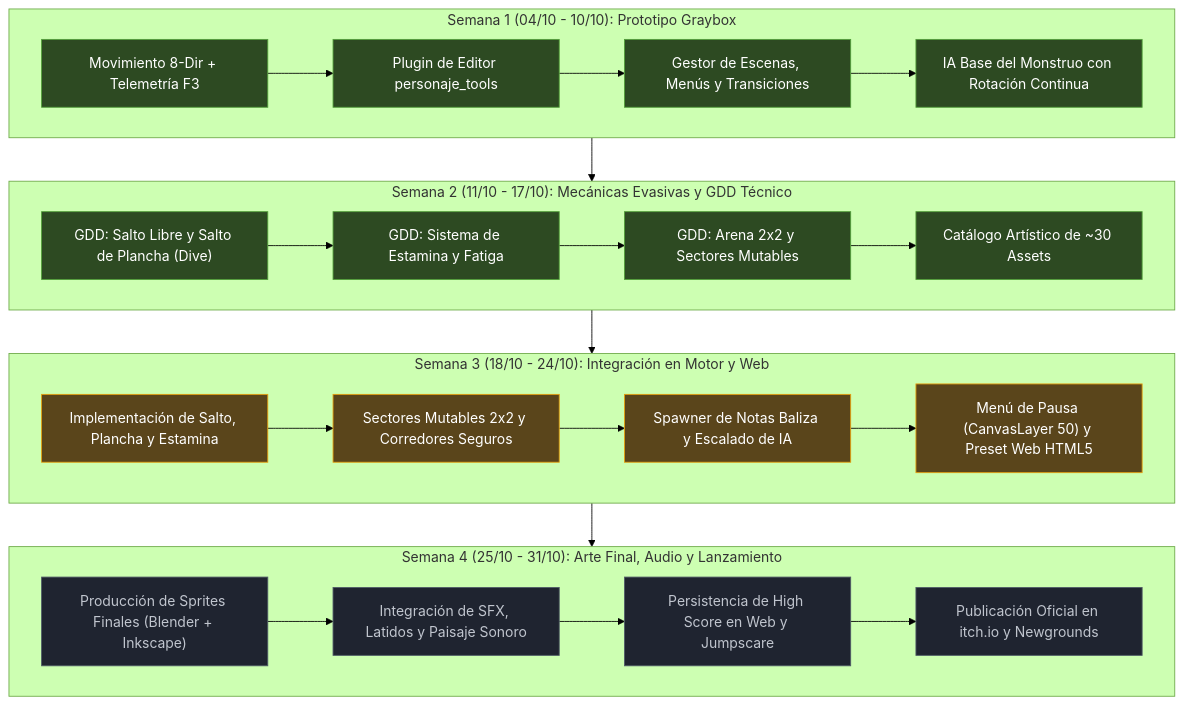
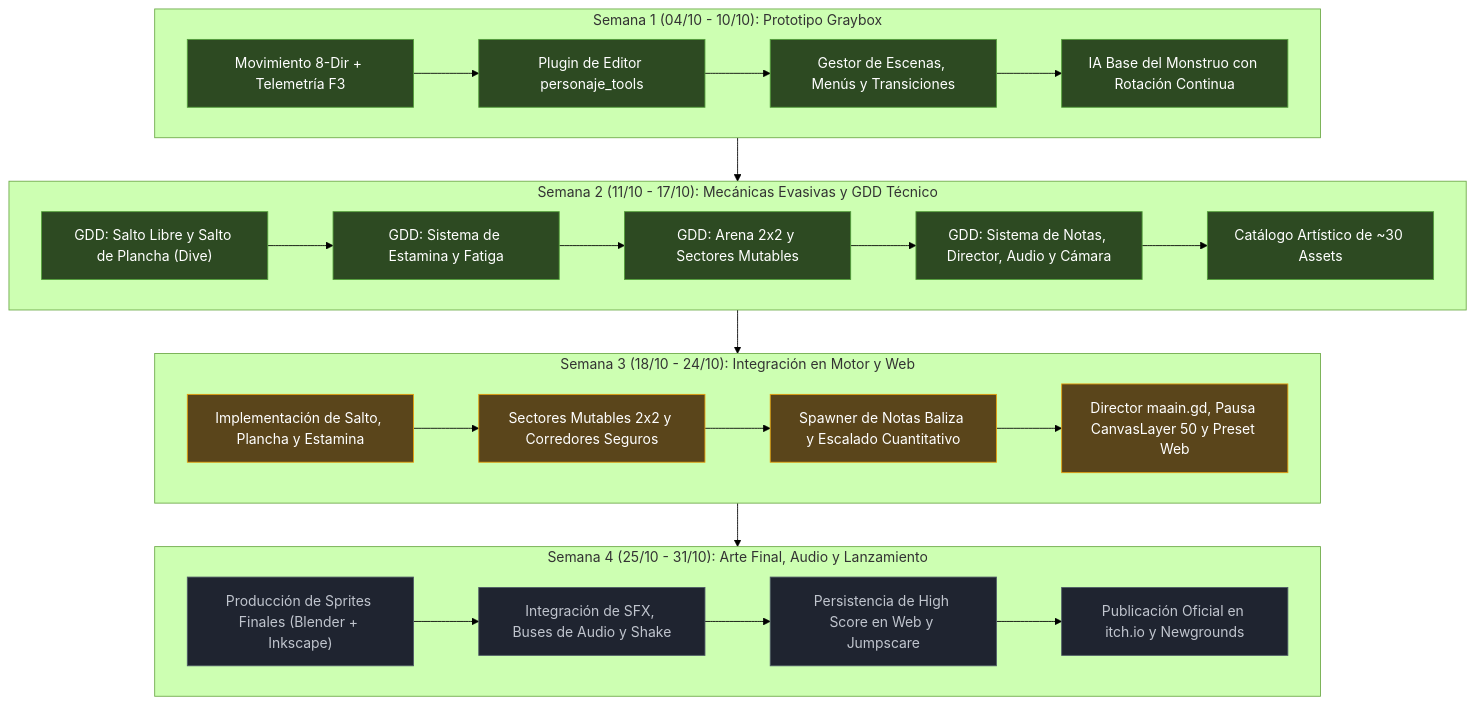
One commit to EmGamex/vosque changed the diagram in docs/produccion/roadmap_y_hitos.md. Above: the diagram before and after it, drawn with Mermaid (forest theme). The commit also changed other lines of this file and 14 other files, not shown here.

````diff
--- a/docs/produccion/roadmap_y_hitos.md
+++ b/docs/produccion/roadmap_y_hitos.md
@@ -9,38 +9,39 @@
 ```mermaid
 flowchart TD
     subgraph S1 ["Semana 1 (04/10 - 10/10): Prototipo Graybox"]
         W1A["Movimiento 8-Dir + Telemetría F3"] --> W1B["Plugin de Editor personaje_tools"]
         W1B --> W1C["Gestor de Escenas, Menús y Transiciones"]
         W1C --> W1D["IA Base del Monstruo con Rotación Continua"]
     end
 
     subgraph S2 ["Semana 2 (11/10 - 17/10): Mecánicas Evasivas y GDD Técnico"]
         W2A["GDD: Salto Libre y Salto de Plancha (Dive)"] --> W2B["GDD: Sistema de Estamina y Fatiga"]
         W2B --> W2C["GDD: Arena 2x2 y Sectores Mutables"]
-        W2C --> W2D["Catálogo Artístico de ~30 Assets"]
+        W2C --> W2D["GDD: Sistema de Notas, Director, Audio y Cámara"]
+        W2D --> W2E["Catálogo Artístico de ~30 Assets"]
     end
 
     subgraph S3 ["Semana 3 (18/10 - 24/10): Integración en Motor y Web"]
         W3A["Implementación de Salto, Plancha y Estamina"] --> W3B["Sectores Mutables 2x2 y Corredores Seguros"]
-        W3B --> W3C["Spawner de Notas Baliza y Escalado de IA"]
-        W3C --> W3D["Menú de Pausa (CanvasLayer 50) y Preset Web HTML5"]
+        W3B --> W3C["Spawner de Notas Baliza y Escalado Cuantitativo"]
+        W3C --> W3D["Director maain.gd, Pausa CanvasLayer 50 y Preset Web"]
     end
 
     subgraph S4 ["Semana 4 (25/10 - 31/10): Arte Final, Audio y Lanzamiento"]
-        W4A["Producción de Sprites Finales (Blender + Inkscape)"] --> W4B["Integración de SFX, Latidos y Paisaje Sonoro"]
+        W4A["Producción de Sprites Finales (Blender + Inkscape)"] --> W4B["Integración de SFX, Buses de Audio y Shake"]
         W4B --> W4C["Persistencia de High Score en Web y Jumpscare"]
         W4C --> W4D["Publicación Oficial en itch.io y Newgrounds"]
     end
 
     S1 --> S2
     S2 --> S3
     S3 --> S4
 
     classDef done fill:#2d4a22,stroke:#529e3a,color:#ffffff;
     classDef current fill:#5a451b,stroke:#e69f0c,color:#ffffff;
     classDef pending fill:#1f2430,stroke:#4f5b66,color:#c0c5ce;
 
-    class W1A,W1B,W1C,W1D,W2A,W2B,W2C,W2D done;
+    class W1A,W1B,W1C,W1D,W2A,W2B,W2C,W2D,W2E done;
     class W3A,W3B,W3C,W3D current;
     class W4A,W4B,W4C,W4D pending;
 ```
````
